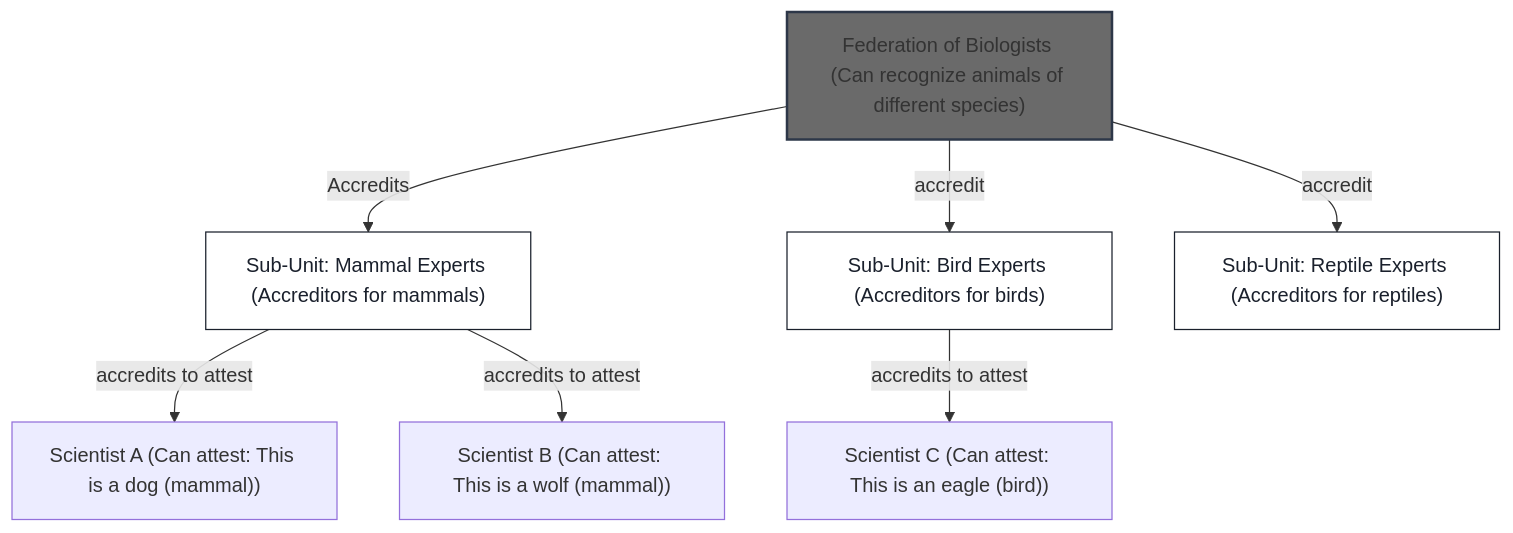
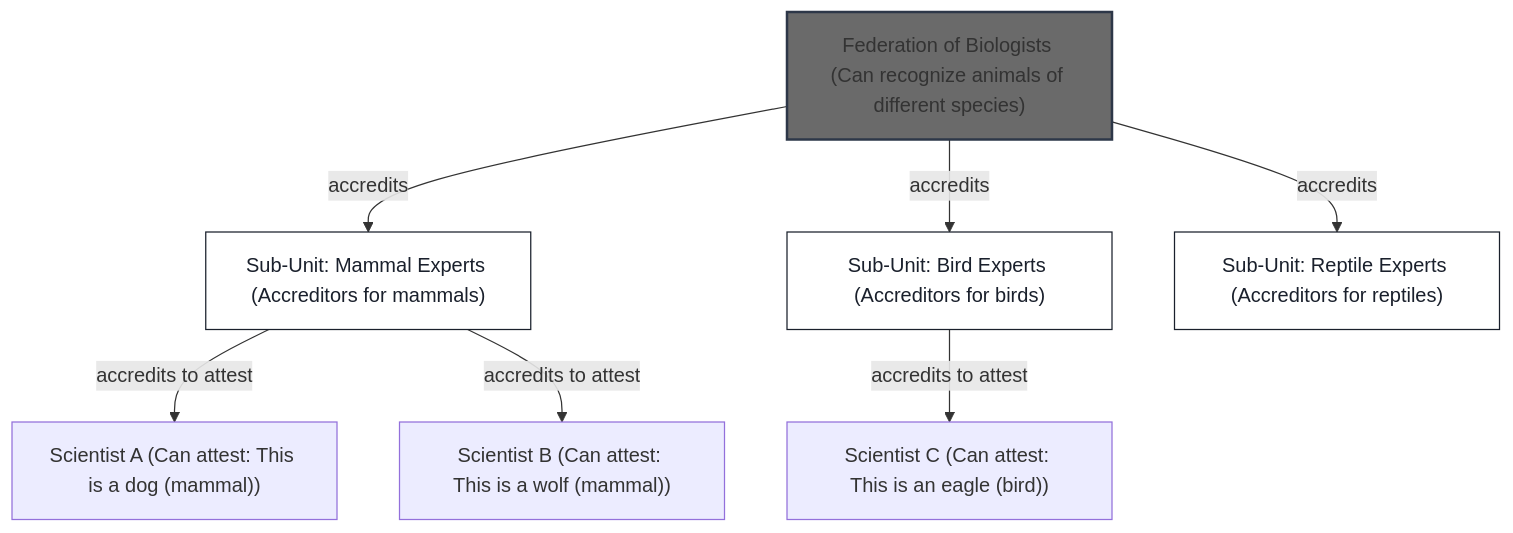
Before and after one commit to iotaledger/iota: the second of 2 diagrams in docs/content/developer/iota-hierarchies/index.mdx, drawn with Mermaid. The commit also changed 8 other files, not shown here.

````diff
--- a/docs/content/developer/iota-hierarchies/index.mdx
+++ b/docs/content/developer/iota-hierarchies/index.mdx
@@ -45,13 +45,13 @@
 ```mermaid
 graph TD
-    Federation["Federation of Biologists (Can recognize animals of different species)"] -->|Accredits| SubUnit1["Sub-Unit: Mammal Experts (Accreditors for mammals)"]
-    Federation -->|accredit| SubUnit2["Sub-Unit: Bird Experts (Accreditors for birds)"]
-    Federation -->|accredit| SubUnit3["Sub-Unit: Reptile Experts (Accreditors for reptiles)"]
+    Federation["Federation of Biologists (Can recognize animals of different species)"] -->|accredits| SubUnit1["Sub-Unit: Mammal Experts (Accreditors for mammals)"]
+    Federation -->|accredits| SubUnit2["Sub-Unit: Bird Experts (Accreditors for birds)"]
+    Federation -->|accredits| SubUnit3["Sub-Unit: Reptile Experts (Accreditors for reptiles)"]
     SubUnit1 -->|accredits to attest| Scientist1["Scientist A (Can attest: This is a dog (mammal))"]
     SubUnit1 -->|accredits to attest| Scientist2["Scientist B (Can attest: This is a wolf (mammal))"]
     SubUnit2 -->|accredits to attest| Scientist3["Scientist C (Can attest: This is an eagle (bird))"]
     style Federation fill:#6a6a6a,stroke:#2d3748,stroke-width:2px
     style SubUnit1 fill:#ffffff,stroke:#1a202c,color:#1a202c
     style SubUnit2 fill:#ffffff,stroke:#1a202c,color:#1a202c
     style SubUnit3 fill:#ffffff,stroke:#1a202c,color:#1a202c
 ```
````
